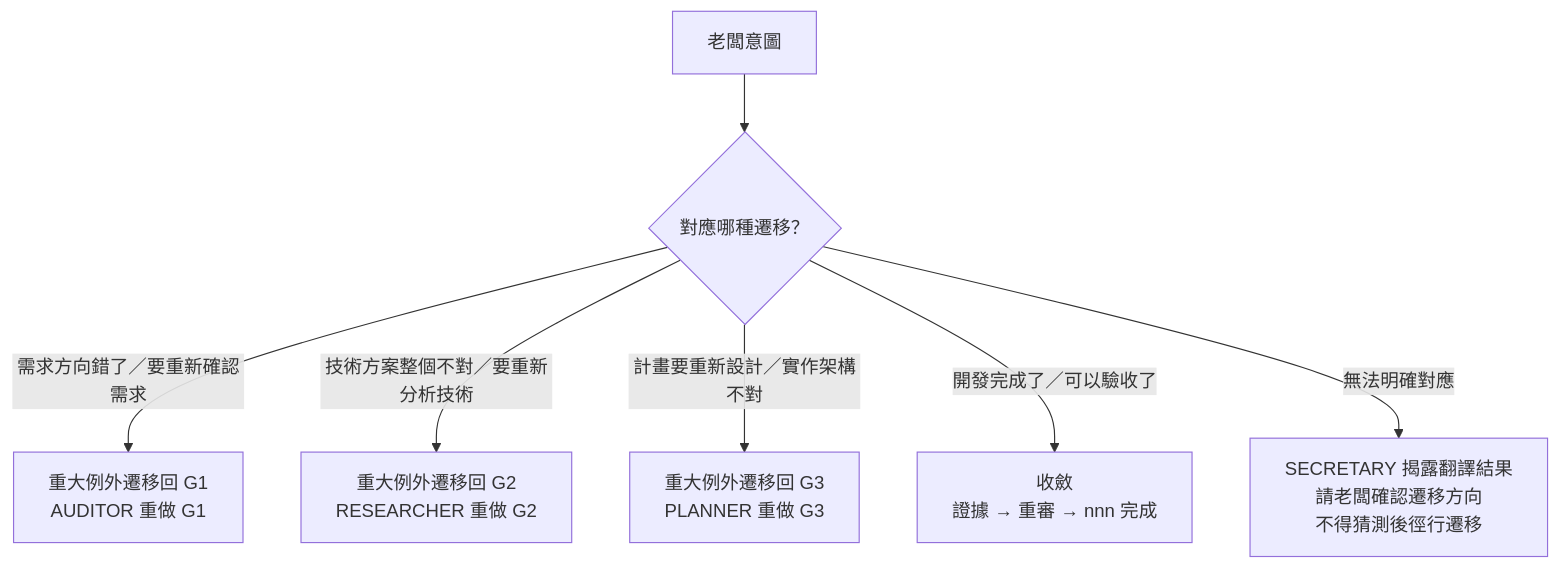
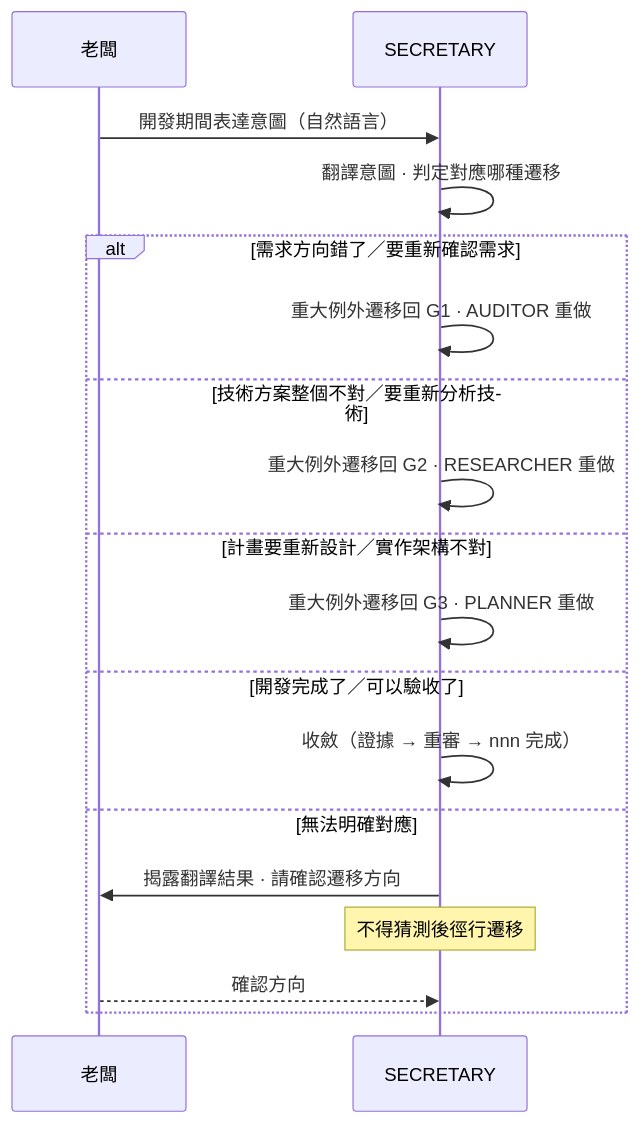
Before and after one commit to teps3105/shiftblame: the third of 8 diagrams in skills/shiftblame/SKILL.md, drawn with Mermaid. The commit also changed other lines of this file and 13 other files, not shown here.

````diff
--- a/skills/shiftblame/SKILL.md
+++ b/skills/shiftblame/SKILL.md
@@ -109,9 +113,22 @@
    ```mermaid
-   flowchart TD
-       Input[老闆意圖] --> Match{對應哪種遷移？}
-       Match -- "需求方向錯了／要重新確認需求" --> M1[重大例外遷移回 G1<br/>AUDITOR 重做 G1]
-       Match -- "技術方案整個不對／要重新分析技術" --> M2[重大例外遷移回 G2<br/>RESEARCHER 重做 G2]
-       Match -- "計畫要重新設計／實作架構不對" --> M3[重大例外遷移回 G3<br/>PLANNER 重做 G3]
-       Match -- "開發完成了／可以驗收了" --> M4[收斂<br/>證據 → 重審 → nnn 完成]
-       Match -- 無法明確對應 --> Confirm["SECRETARY 揭露翻譯結果<br/>請老闆確認遷移方向<br/>不得猜測後徑行遷移"]
+   sequenceDiagram
+        participant B as 老闆
+        participant SEC as SECRETARY
+
+        B->>SEC: 開發期間表達意圖（自然語言）
+        SEC->>SEC: 翻譯意圖 · 判定對應哪種遷移
+
+        alt 需求方向錯了／要重新確認需求
+            SEC->>SEC: 重大例外遷移回 G1 · AUDITOR 重做
+        else 技術方案整個不對／要重新分析技術
+            SEC->>SEC: 重大例外遷移回 G2 · RESEARCHER 重做
+        else 計畫要重新設計／實作架構不對
+            SEC->>SEC: 重大例外遷移回 G3 · PLANNER 重做
+        else 開發完成了／可以驗收了
+            SEC->>SEC: 收斂（證據 → 重審 → nnn 完成）
+        else 無法明確對應
+            SEC->>B: 揭露翻譯結果 · 請確認遷移方向
+            Note over SEC: 不得猜測後徑行遷移
+            B-->>SEC: 確認方向
+        end
    ```
````
